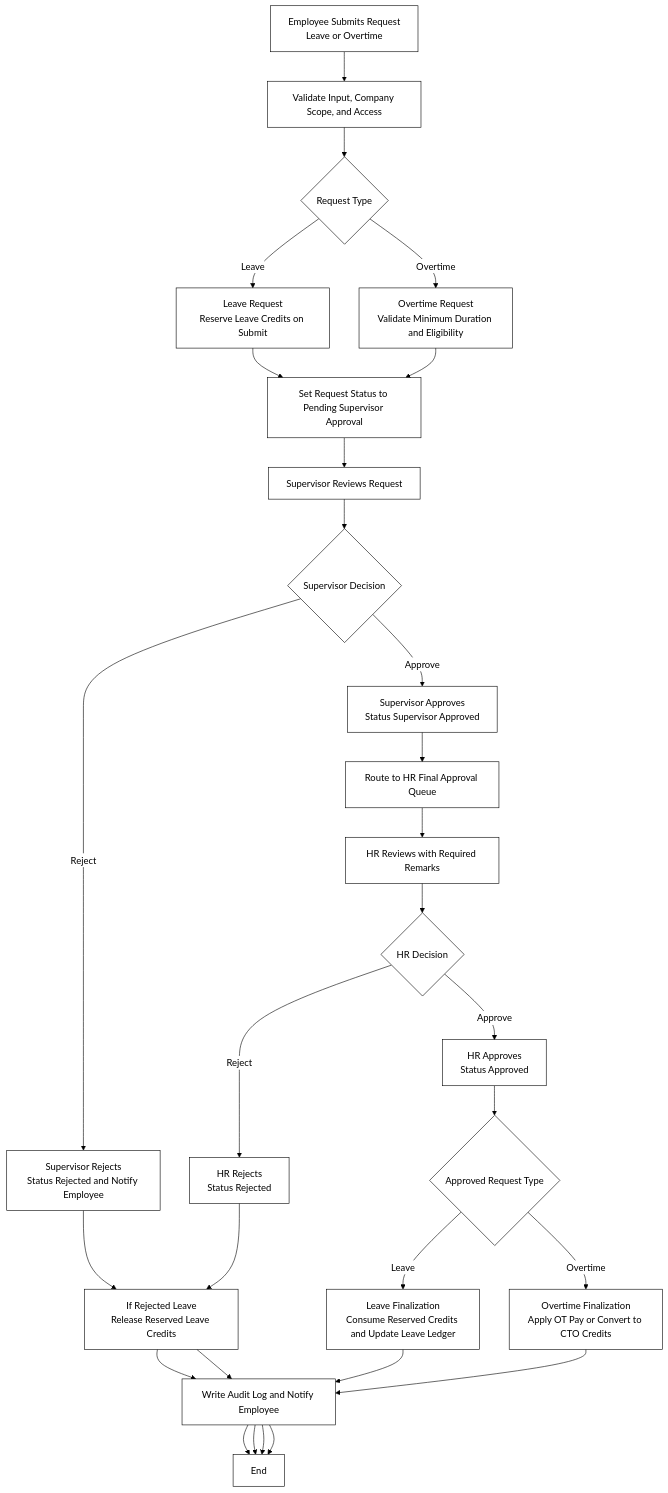
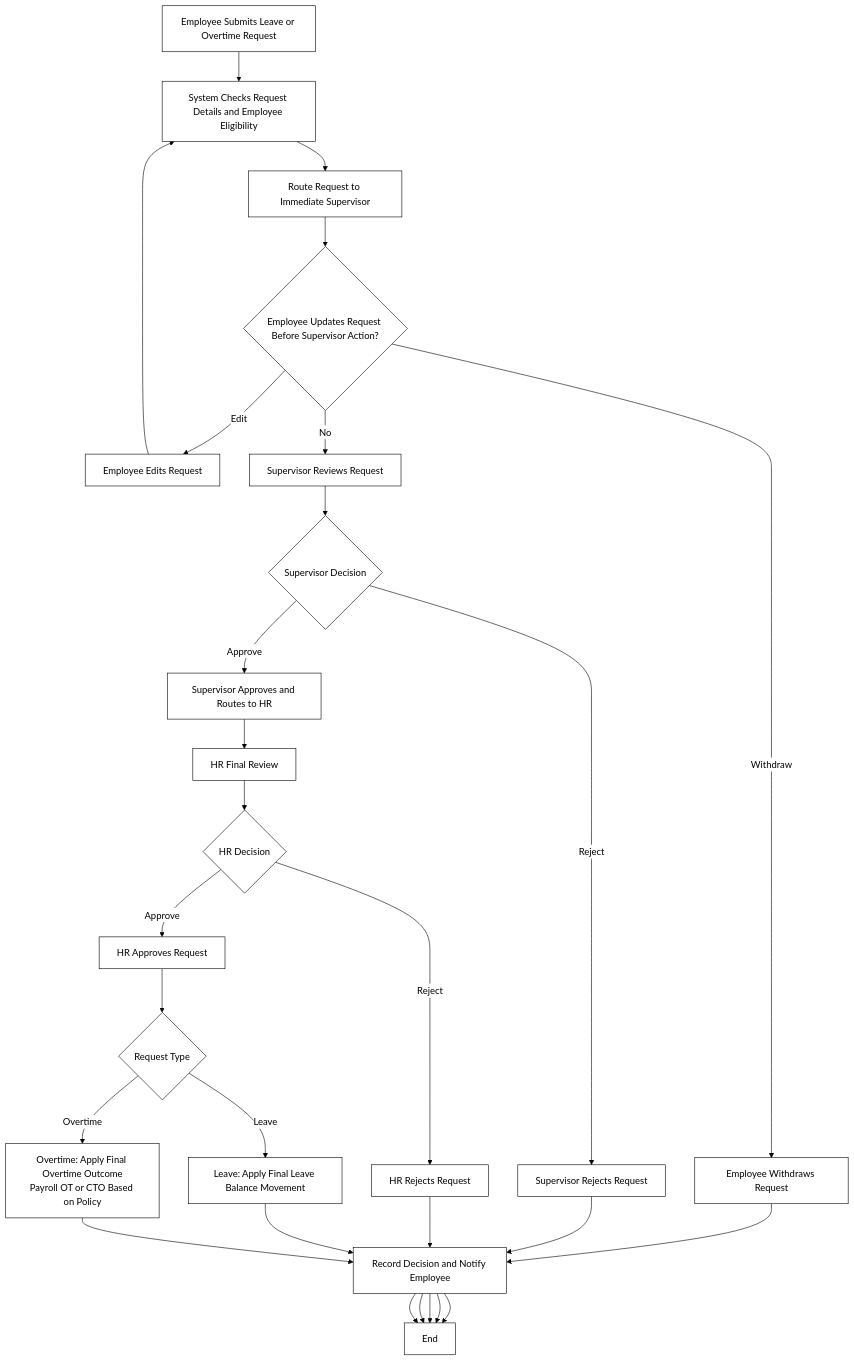
One commit to patwikx/rdrdc-final-payroll changed the second of 2 diagrams in docs/flowcharts/process-flowcharts.md. Above: the diagram before and after it, drawn with Mermaid. The commit also changed other lines of this file and 20 other files, not shown here.

Commit message:
feat(attendance): add biometric device sync workspace and enrollment session flow

````diff
--- a/docs/flowcharts/process-flowcharts.md
+++ b/docs/flowcharts/process-flowcharts.md
@@ -60,58 +72,48 @@
 ```mermaid
 %%{init: {
   "theme": "base",
   "themeVariables": {
     "background": "#ffffff",
     "primaryColor": "#ffffff",
     "secondaryColor": "#ffffff",
     "tertiaryColor": "#ffffff",
     "primaryTextColor": "#000000",
     "secondaryTextColor": "#000000",
     "tertiaryTextColor": "#000000",
     "lineColor": "#000000",
     "primaryBorderColor": "#000000",
     "fontFamily": "Arial"
   }
 }}%%
 flowchart TD
-  A[Employee Submits Request\nLeave or Overtime]
-  B[Validate Input, Company Scope, and Access]
-  C{Request Type}
-
-  D[Leave Request\nReserve Leave Credits on Submit]
-  E[Overtime Request\nValidate Minimum Duration and Eligibility]
-
-  F[Set Request Status to Pending Supervisor Approval]
+  A[Employee Submits Leave or Overtime Request]
+  B[System Checks Request Details and Employee Eligibility]
+  C[Route Request to Immediate Supervisor]
+  D{Employee Updates Request Before Supervisor Action?}
+  E[Employee Edits Request]
+  F[Employee Withdraws Request]
   G[Supervisor Reviews Request]
   H{Supervisor Decision}
-  I[Supervisor Rejects\nStatus Rejected and Notify Employee]
-  J[Supervisor Approves\nStatus Supervisor Approved]
+  I[Supervisor Rejects Request]
+  J[Supervisor Approves and Routes to HR]
+  K[HR Final Review]
+  L{HR Decision}
+  M[HR Rejects Request]
+  N[HR Approves Request]
+  O{Request Type}
+  P[Leave: Apply Final Leave Balance Movement]
+  Q[Overtime: Apply Final Overtime Outcome\nPayroll OT or CTO Based on Policy]
+  R[Record Decision and Notify Employee]
+  S[End]
 
-  K[Route to HR Final Approval Queue]
-  L[HR Reviews with Required Remarks]
-  M{HR Decision}
-
-  N[HR Rejects\nStatus Rejected]
-  O[HR Approves\nStatus Approved]
-
-  P{Approved Request Type}
-  Q[Leave Finalization\nConsume Reserved Credits and Update Leave Ledger]
-  R[Overtime Finalization\nApply OT Pay or Convert to CTO Credits]
-
-  S[If Rejected Leave\nRelease Reserved Leave Credits]
-  T[Write Audit Log and Notify Employee]
-  U[End]
-
-  A --> B --> C
-  C -- Leave --> D --> F
-  C -- Overtime --> E --> F
-
-  F --> G --> H
-  H -- Reject --> I --> S --> T --> U
-  H -- Approve --> J --> K --> L --> M
-
-  M -- Reject --> N --> S --> T --> U
-  M -- Approve --> O --> P
-  P -- Leave --> Q --> T --> U
-  P -- Overtime --> R --> T --> U
+  A --> B --> C --> D
+  D -- Edit --> E --> B
+  D -- Withdraw --> F --> R --> S
+  D -- No --> G --> H
+  H -- Reject --> I --> R --> S
+  H -- Approve --> J --> K --> L
+  L -- Reject --> M --> R --> S
+  L -- Approve --> N --> O
+  O -- Leave --> P --> R --> S
+  O -- Overtime --> Q --> R --> S
 ```
````
